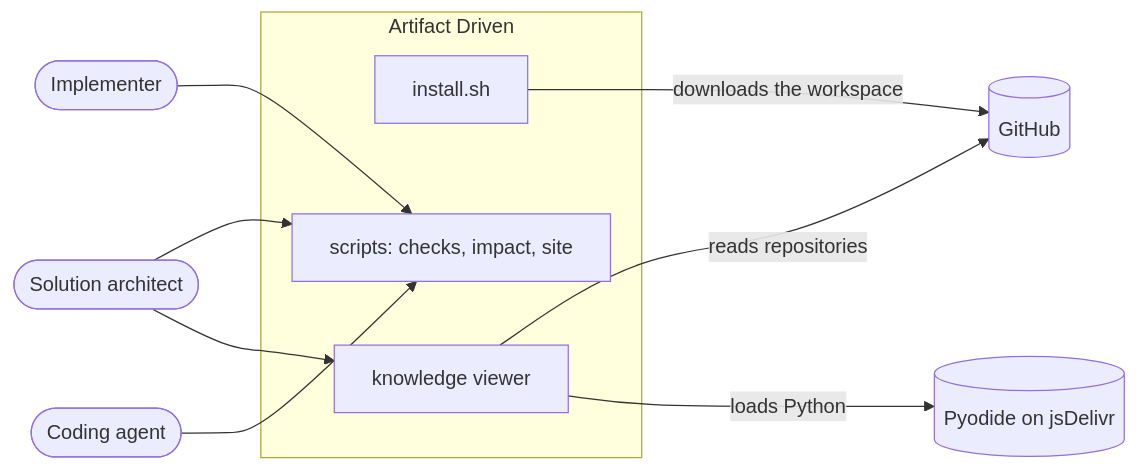
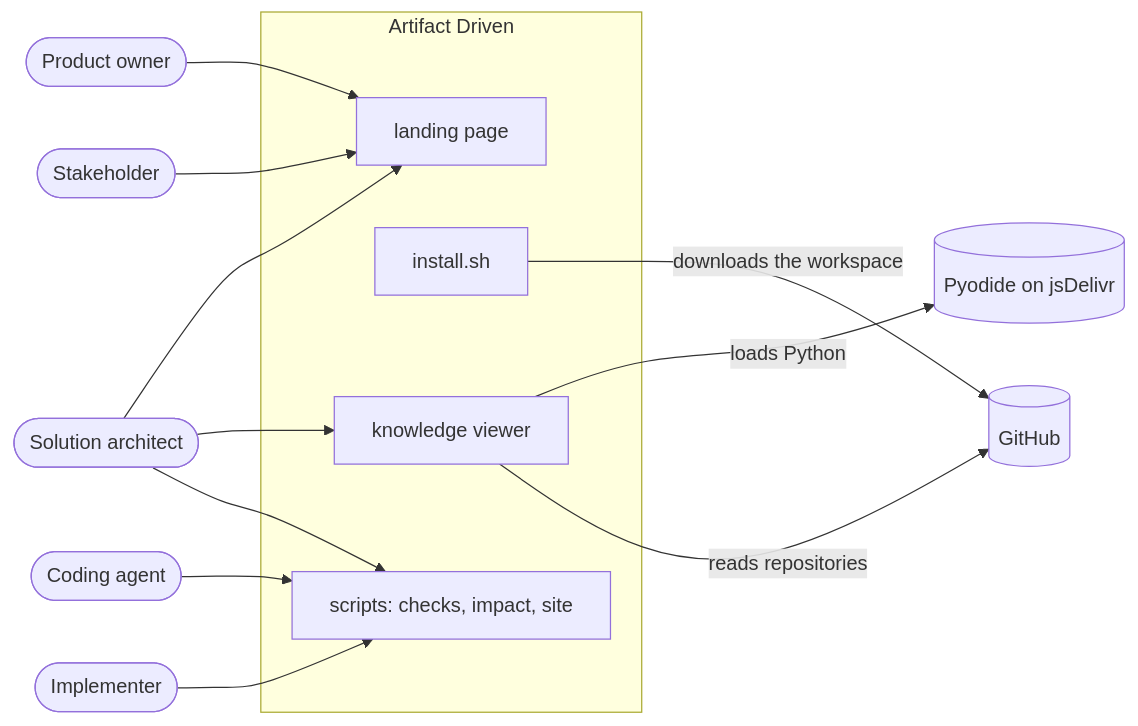
One commit to hieutran21198/Artifact-Driven-Framework changed the diagram in docs/software-knowledges/system/context.md. Above: the diagram before and after it, drawn with Mermaid. The commit also changed other lines of this file and 9 other files, not shown here.

First line of the commit message:
Redesign the landing page as one goal taken apart, with its knowledge as goal LEARN (#9)

````diff
--- a/docs/software-knowledges/system/context.md
+++ b/docs/software-knowledges/system/context.md
@@ -8,21 +8,25 @@
 ```mermaid
 flowchart LR
     architect([Solution architect])
     dev([Implementer])
     agent([Coding agent])
+    stakeholder([Stakeholder])
+    owner([Product owner])
 
     subgraph framework [Artifact Driven]
+        landing[landing page]
         install[install.sh]
         scripts[scripts: checks, impact, site]
         viewer[knowledge viewer]
     end
 
     github[(GitHub)]
     pyodide[(Pyodide on jsDelivr)]
 
     architect & dev & agent --> scripts
     architect --> viewer
+    stakeholder & owner & architect --> landing
     install -- "downloads the workspace" --> github
     viewer -- "reads repositories" --> github
     viewer -- "loads Python" --> pyodide
 ```
````
